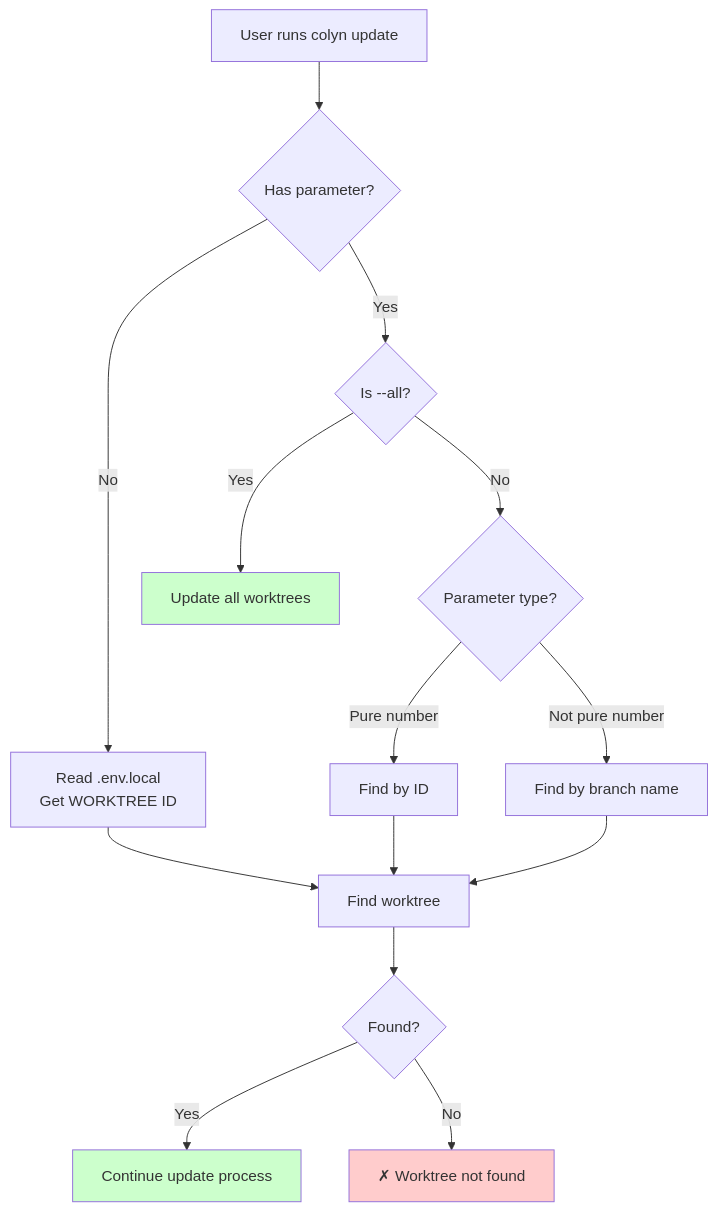
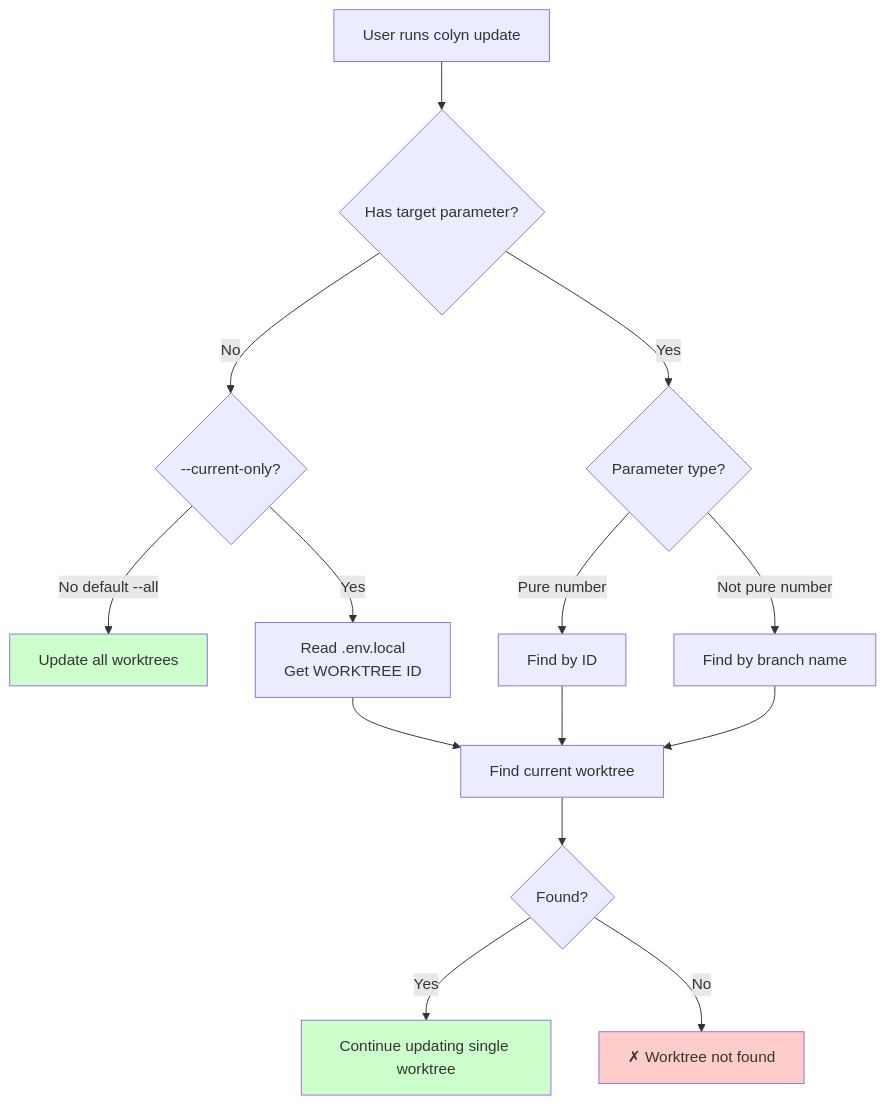
The first of 4 diagrams in docs/en/develop/design/commands/design-update-command.md (colin-han/colyn), drawn with Mermaid before and after one commit. The commit also changed other lines of this file and 39 other files, not shown here.

````diff
--- a/docs/en/develop/design/commands/design-update-command.md
+++ b/docs/en/develop/design/commands/design-update-command.md
@@ -176,25 +228,25 @@
 ```mermaid
 graph TD
-    Start[User runs colyn update] --> HasParam{Has parameter?}
+    Start[User runs colyn update] --> HasTarget{Has target parameter?}
 
-    HasParam -->|No| ReadEnv[Read .env.local<br/>Get WORKTREE ID]
-    HasParam -->|Yes| CheckAll{Is --all?}
+    HasTarget -->|Yes| CheckType{Parameter type?}
+    HasTarget -->|No| CheckCurrent{--current-only?}
 
-    CheckAll -->|Yes| AllWorktrees[Update all worktrees]
-    CheckAll -->|No| CheckType{Parameter type?}
+    CheckCurrent -->|No default --all| AllWorktrees[Update all worktrees]
+    CheckCurrent -->|Yes| ReadEnv[Read .env.local<br/>Get WORKTREE ID]
 
     CheckType -->|Pure number| UseId[Find by ID]
     CheckType -->|Not pure number| UseBranch[Find by branch name]
 
-    ReadEnv --> FindWT[Find worktree]
+    ReadEnv --> FindWT[Find current worktree]
     UseId --> FindWT
     UseBranch --> FindWT
 
     FindWT --> Found{Found?}
-    Found -->|Yes| Continue[Continue update process]
+    Found -->|Yes| Continue[Continue updating single worktree]
     Found -->|No| Error[✗ Worktree not found]
 
     style Error fill:#ffcccc
     style Continue fill:#ccffcc
     style AllWorktrees fill:#ccffcc
 ```
````
